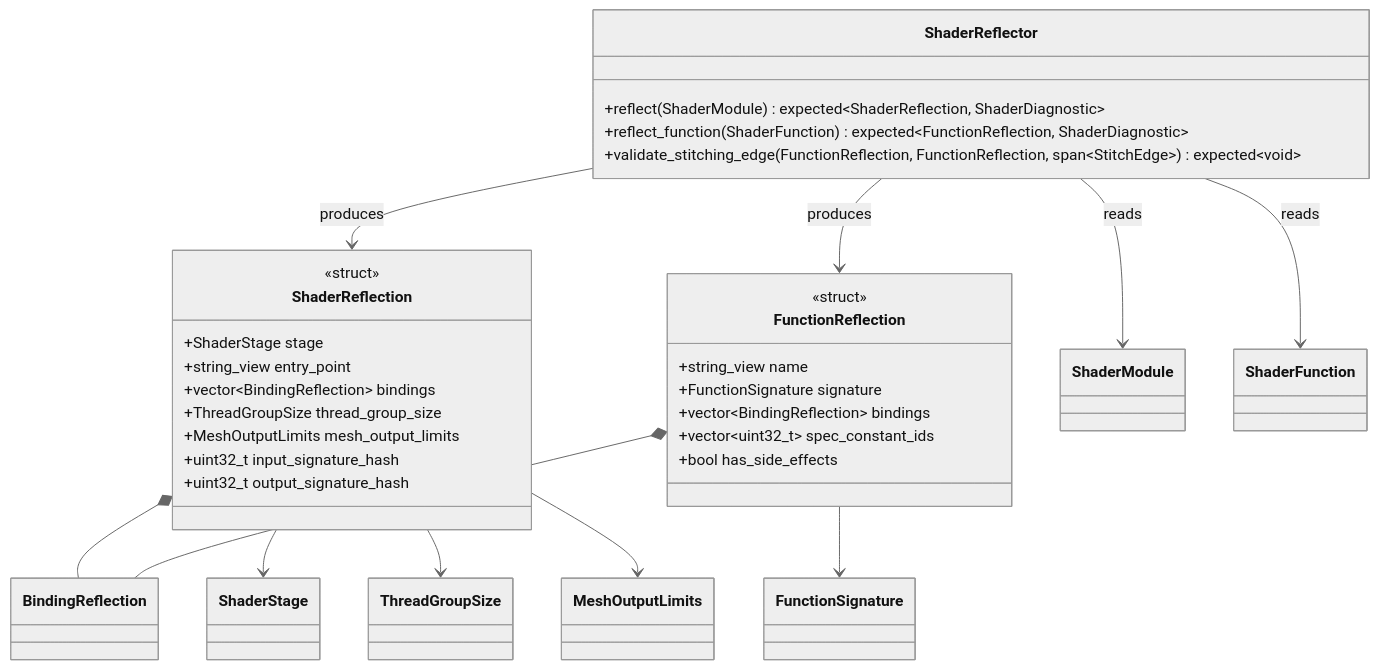
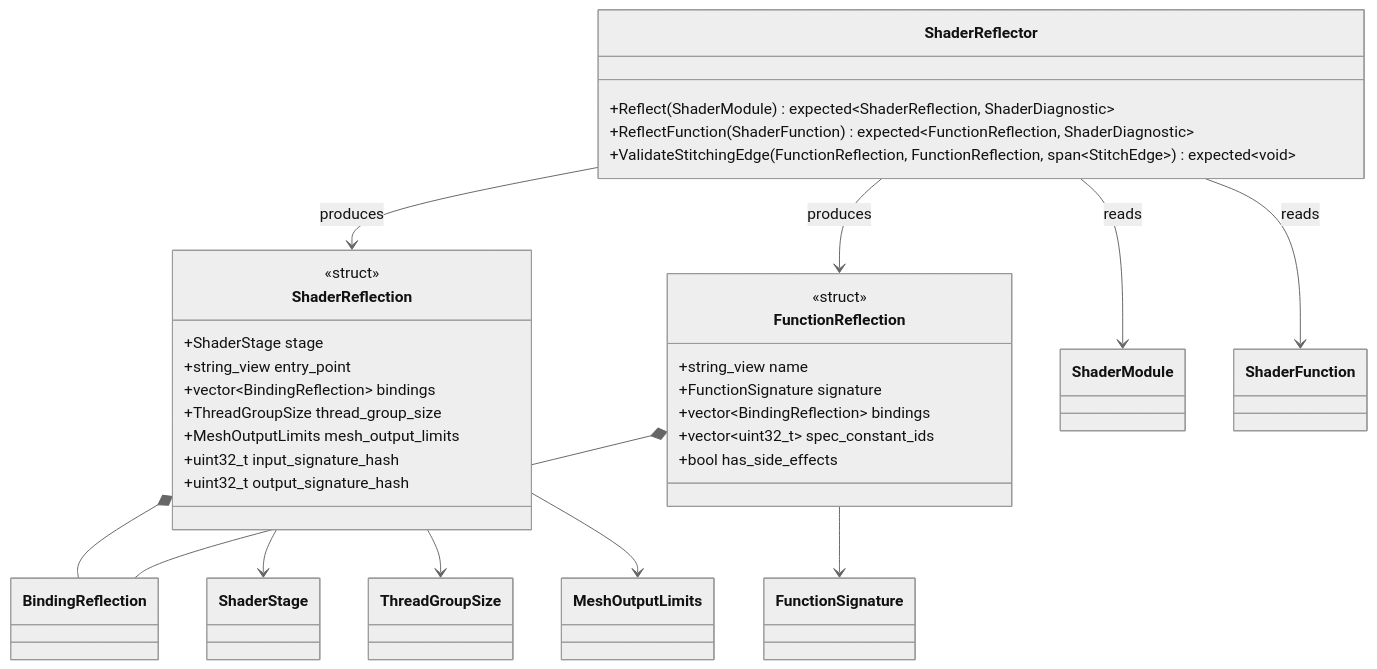
One commit to harmonius-dev/harmonius changed the fourth of 16 diagrams in docs/design/shader-pipeline-classes.md. Above: the diagram before and after it, drawn with Mermaid (neutral theme). The commit also changed other lines of this file and 67 other files, not shown here.

````diff
--- a/docs/design/shader-pipeline-classes.md
+++ b/docs/design/shader-pipeline-classes.md
@@ -224,37 +224,37 @@
 ```mermaid
 classDiagram
     class ShaderReflection {
         <<struct>>
         +ShaderStage stage
         +string_view entry_point
         +vector~BindingReflection~ bindings
         +ThreadGroupSize thread_group_size
         +MeshOutputLimits mesh_output_limits
         +uint32_t input_signature_hash
         +uint32_t output_signature_hash
     }
     class FunctionReflection {
         <<struct>>
         +string_view name
         +FunctionSignature signature
         +vector~BindingReflection~ bindings
         +vector~uint32_t~ spec_constant_ids
         +bool has_side_effects
     }
     class ShaderReflector {
-        +reflect(ShaderModule) expected~ShaderReflection, ShaderDiagnostic~
-        +reflect_function(ShaderFunction) expected~FunctionReflection, ShaderDiagnostic~
-        +validate_stitching_edge(FunctionReflection, FunctionReflection, span~StitchEdge~) expected~void~
+        +Reflect(ShaderModule) expected~ShaderReflection, ShaderDiagnostic~
+        +ReflectFunction(ShaderFunction) expected~FunctionReflection, ShaderDiagnostic~
+        +ValidateStitchingEdge(FunctionReflection, FunctionReflection, span~StitchEdge~) expected~void~
     }
 
     ShaderReflection *-- BindingReflection
     ShaderReflection --> ShaderStage
     ShaderReflection --> ThreadGroupSize
     ShaderReflection --> MeshOutputLimits
     FunctionReflection *-- BindingReflection
     FunctionReflection --> FunctionSignature
     ShaderReflector --> ShaderReflection : produces
     ShaderReflector --> FunctionReflection : produces
     ShaderReflector --> ShaderModule : reads
     ShaderReflector --> ShaderFunction : reads
 ```
````
